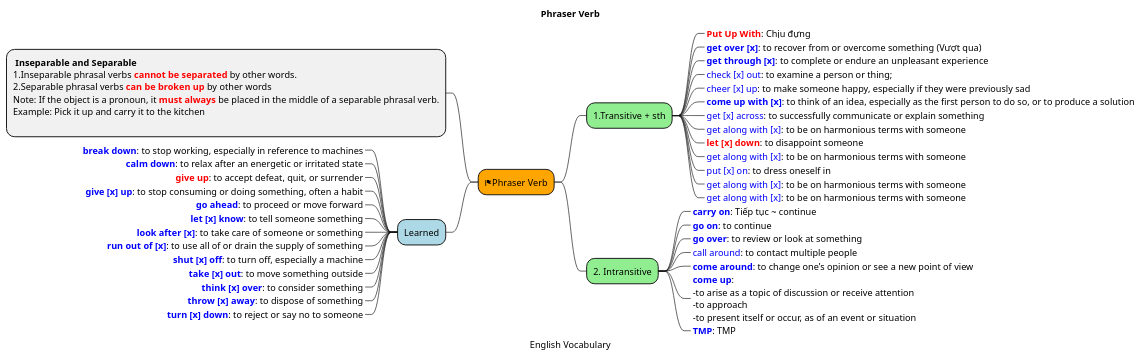
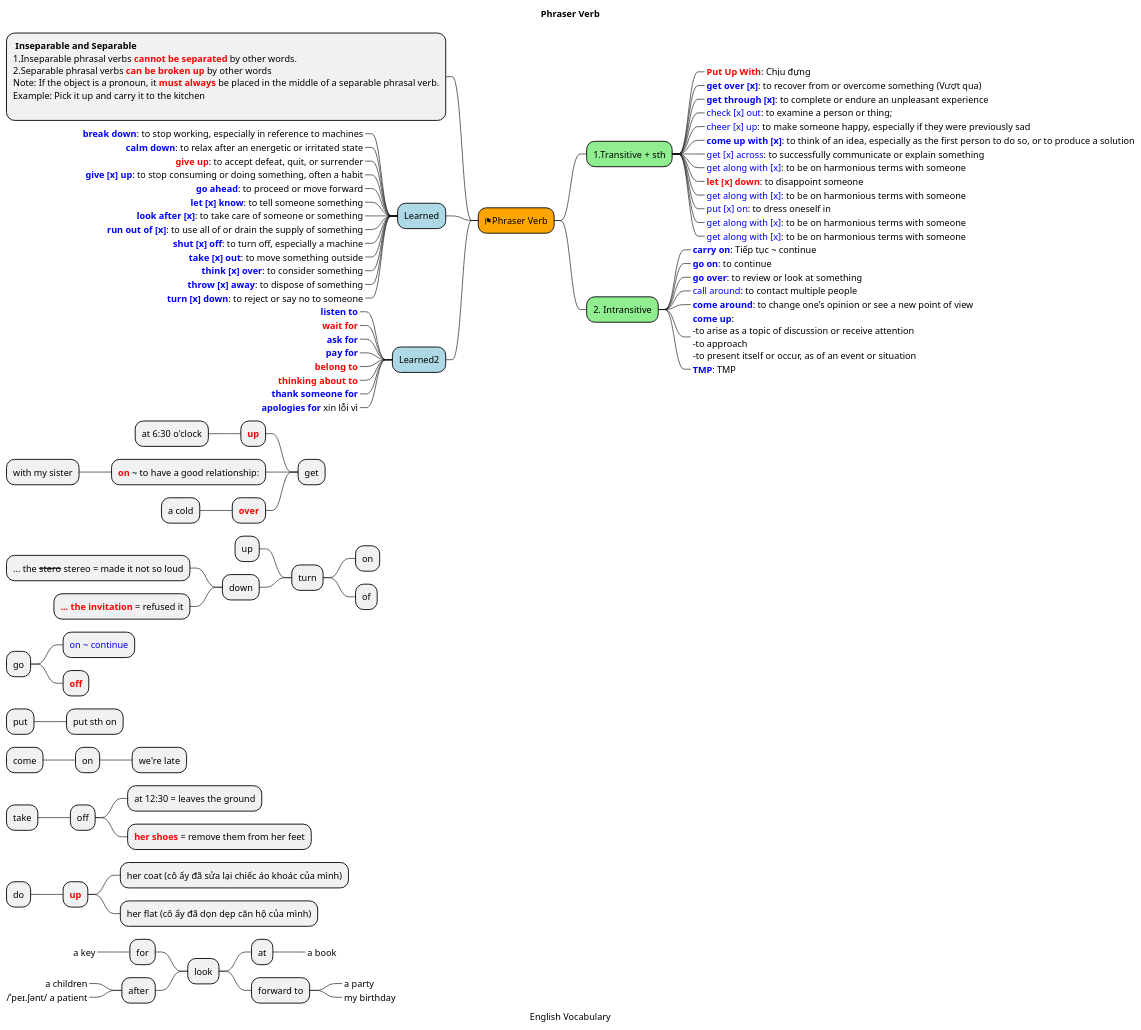
Before and after one commit to thanhnv2210/MyPlantuml: the diagram in src/English/FirstPhrase01/04_PhrasalVerbs.puml, drawn with PlantUML. The commit also changed 17 other files, not shown here.

```diff
--- a/src/English/FirstPhrase01/04_PhrasalVerbs.puml
+++ b/src/English/FirstPhrase01/04_PhrasalVerbs.puml
@@ -1,110 +1,168 @@
 @startmindmap
 'https://plantuml.com/mindmap-diagram
 
 caption English Vocabulary
 title Phraser Verb
 
 *[#Orange] <&flag>Phraser Verb
 
 left side
 'There are two types of phrasal verbs.
 '**[#lightgreen] Inseparable and Separable
 **: <b>Inseparable and Separable
 '-- Inseparable --
 1.Inseparable phrasal verbs <color:red><b>cannot be separated</color> by other words.
 '-- Separable --
 2.Separable phrasal verbs <color:red><b>can be broken up</color> by other words
 '+) A + Object + B
 '+) A + B + Object
 Note: If the object is a pronoun, it <color:red><b>must always</color> be placed in the middle of a separable phrasal verb.
 Example: Pick it up and carry it to the kitchen
 ;
 
 right side
 
 'Transitive phrasal verbs use a direct object
 **[#lightgreen] 1.Transitive + sth
 ***_ <color:red><b>Put Up With</color>: Chịu đựng
 ***_ <color:blue><b>get over [x]</color>: to recover from or overcome something (Vượt qua)
 ***_ <color:blue><b>get through [x]</color>: to complete or endure an unpleasant experience
 
 
 '***_ <color:blue>back [x] up</color>: to support or defend someone
 '****_ When the class was making fun of me, only the teacher backed me up.
 ***_ <color:blue>check [x] out</color>: to examine a person or thing;
 'when used in reference to a person, can connote looking at them with romantic or sexual interest
 '****_ I’ll check the contract out. / I’ll check out the contract.
 ***_ <color:blue>cheer [x] up</color>: to make someone happy, especially if they were previously sad
 '***_ <color:blue>clean [x] up</color>: to tidy an area
 '***_ <color:blue>come between [x]</color>: to interfere with a relationship between two people
 '***_ <color:blue>come down with [x]</color>: to catch an illness (sự ốm yếu)
 '***_ <color:blue>come out of [x]</color>: to happen as a consequence of another event
 ***_ <color:blue><b>come up with [x]</color>: to think of an idea, especially as the first person to do so, or to produce a solution
 'count on [x]
 'crack down on [x]
 'dive into [x]
 ***_ <color:blue>get [x] across</color>: to successfully communicate or explain something
 ***_ <color:blue>get along with [x]</color>: to be on harmonious terms with someone
 ***_ <color:red><b>let [x] down</color>: to disappoint someone
 ***_ <color:blue>get along with [x]</color>: to be on harmonious terms with someone
 ***_ <color:blue>put [x] on</color>: to dress oneself in
 ***_ <color:blue>get along with [x]</color>: to be on harmonious terms with someone
 ***_ <color:blue>get along with [x]</color>: to be on harmonious terms with someone
 
 
 '***_ come out of [x] to happen as a consequence of another event
 
 
 **[#lightgreen] 2. Intransitive
 'Intransitive phrasal verbs (Nội động từ) do not use an object
 'Inseparable phrasal verbs cannot be split up; the verb and the particle must staytogether.
 'All intransitive phrasal verbs are inseparable.
 'Some transitive phrasal verbs are also inseparable
 ***_ <color:blue><b>carry on</color>: Tiếp tục ~ continue
 ***_ <color:blue><b>go on</color>: to continue
 ***_ <color:blue><b>go over</color>: to review or look at something
 ***_ <color:blue>call around</color>: to contact multiple people
 '****_ Roy called around to find a nearby mechanic.
 
 ***_ <color:blue><b>come around</color>: to change one’s opinion or see a new point of view
 ***_ <color:blue><b>come up</color>: \n-to arise as a topic of discussion or receive attention\n-to approach \n-to present itself or occur, as of an event or situation
 ***_ <color:blue><b>TMP</color>: TMP
 
 
 
 
 left side
 **[#lightblue] Learned
 '***_ <color:blue><b>go over</color>: đi qua
 ***_ <color:blue><b>break down</color>: to stop working, especially in reference to machines
 '****_ The ice cream machine at McDonald’s often breaks down.
 ***_ <color:blue><b>calm down</color>: to relax after an energetic or irritated state
 '****_ I need a few minutes to calm down after that match.
 ***_ <color:red><b>give up</color>: to accept defeat, quit, or surrender
 ***_ <color:blue><b>give [x] up</color>: to stop consuming or doing something, often a habit
 ***_ <color:blue><b>go ahead</color>: to proceed or move forward
 ***_ <color:blue><b>let [x] know</color>: to tell someone something
 ***_ <color:blue><b>look after [x]</color>: to take care of someone or something
 ***_ <color:blue><b>run out of [x]</color>: to use all of or drain the supply of something
 ***_ <color:blue><b>shut [x] off</color>: to turn off, especially a machine
 ***_ <color:blue><b>take [x] out</color>: to move something outside
 ***_ <color:blue><b>think [x] over</color>: to consider something
 ***_ <color:blue><b>throw [x] away</color>: to dispose of something
 ***_ <color:blue><b>turn [x] down</color>: to reject or say no to someone
 
-'***_ <color:blue><b>throw [x] away</color>: to dispose of something
-'***_ <color:blue><b>throw [x] away</color>: to dispose of something
+**[#lightblue] Learned2
+***_ <color:blue><b>listen to</color>
+***_ <color:red><b>wait for</color>
+***_ <color:blue><b>ask for</color>
+***_ <color:blue><b>pay for</color>
+***_ <color:red><b>belong to</color>
+***_ <color:red><b>thinking about to</color>
+***_ <color:blue><b>thank someone for</color>
+***_ <color:blue><b>apologies for</color> xin lỗi vì
 
+* get
+** <b><color:red>up
+*** at 6:30 o'clock
+** <b><color:red>on</b> ~ to have a good relationship:
+*** with my sister
+** <color:red><b>over
+*** a cold
+
+* turn
+-- up
+-- down
+*** ... the --stero-- stereo = made it not so loud
+*** <b><color:red>... the invitation</b> = refused it
+right side
+** on
+** of
+
+* go
+** <color:blue>on ~ continue
+** <color:red><b>off
+
+* put
+** put sth on
+
+* come
+** on
+*** we're late
+
+* take
+** off
+*** at 12:30 = leaves the ground
+*** <b><color:red>her shoes</b> = remove them from her feet
+
+* do
+** <b><color:red>up
+*** her coat (cô ấy đã sửa lại chiếc áo khoác của mình)
+*** her flat (cô ấy đã dọn dẹp căn hộ của mình)
+
+* look
+left side
+** for
+***_ a key
+** after
+***_ a children
+***_ /ˈpeɪ.ʃənt/ a patient
+right side
+** at
+***_ a book
+** forward to
+***_ a party
+***_ my birthday
 
 
 'header
 'My super header
 'endheader
 
 'center footer My super footer
 
 'legend right
 '  Short
 '  legend
 'endlegend
 @endmindmap
```
